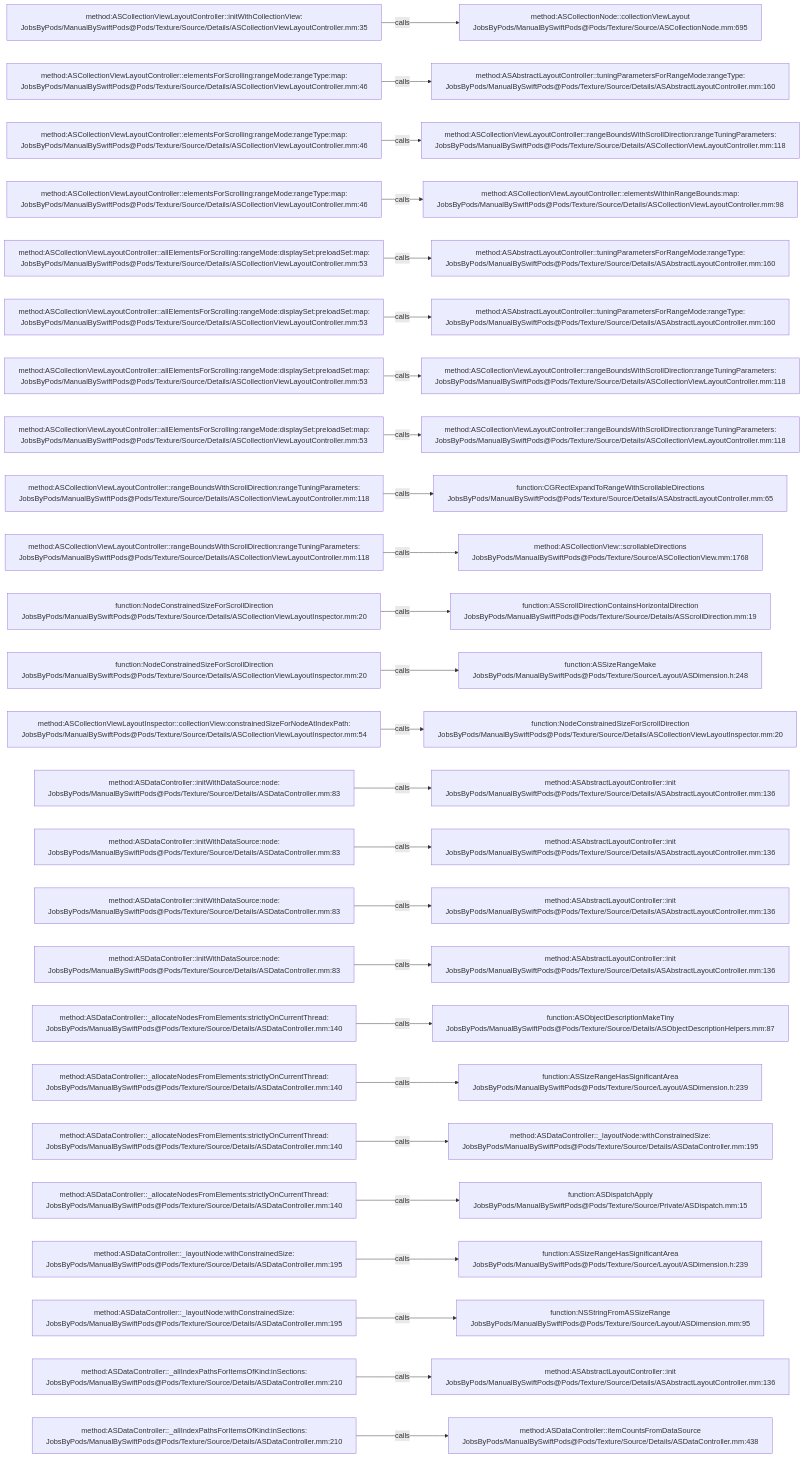
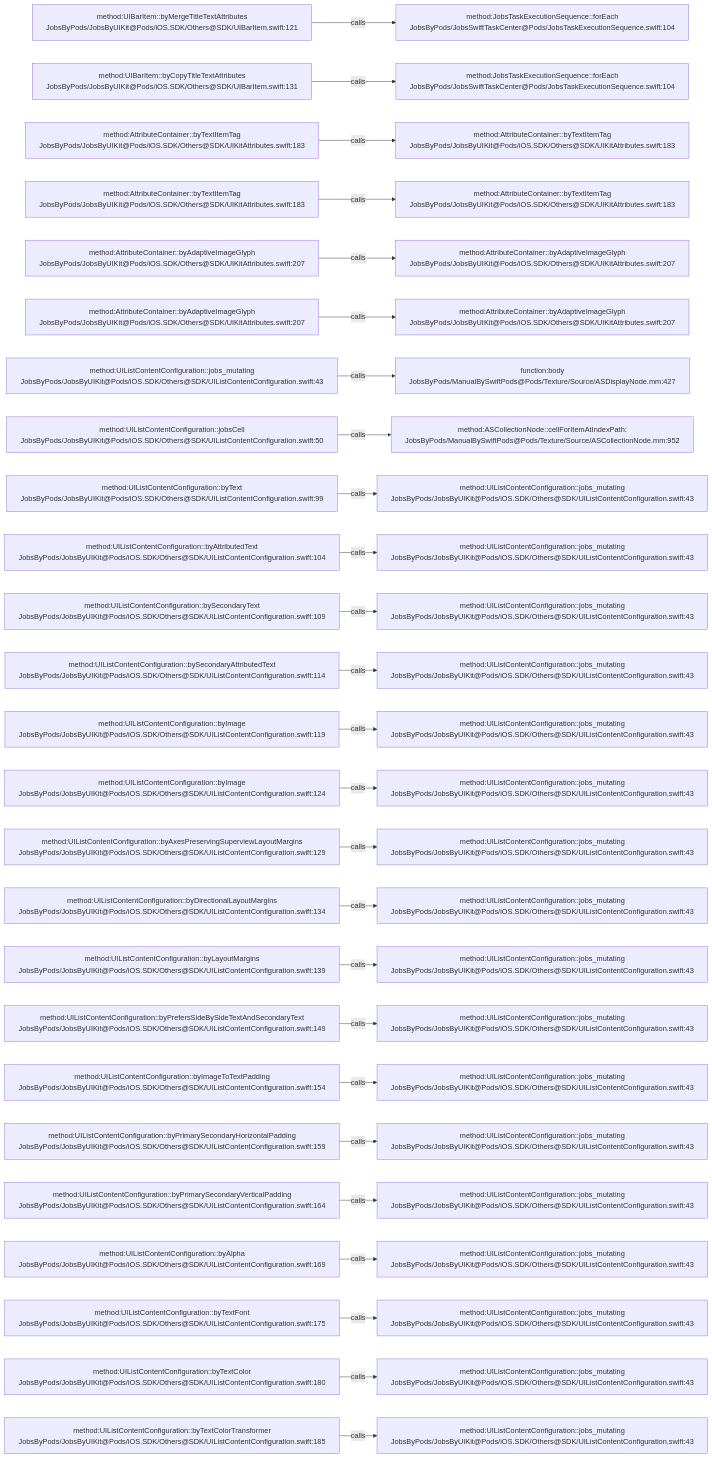
The diagram in .codegraph/codegraph.md/graphs/calls-084.md (JobsKits/JobsSwiftBaseConfigDemo), drawn with Mermaid before and after one commit. The commit also changed 224 other files, not shown here.

````diff
--- a/.codegraph/codegraph.md/graphs/calls-084.md
+++ b/.codegraph/codegraph.md/graphs/calls-084.md
@@ -13,78 +13,78 @@
 ```mermaid
 flowchart LR
-  S1["method:ASCollectionViewLayoutController::initWithCollectionView:<br/>JobsByPods/ManualBySwiftPods@Pods/Texture/Source/Details/ASCollectionViewLayoutController.mm:35"]
-  T1["method:ASCollectionNode::collectionViewLayout<br/>JobsByPods/ManualBySwiftPods@Pods/Texture/Source/ASCollectionNode.mm:695"]
+  S1["method:UIBarItem::byMergeTitleTextAttributes<br/>JobsByPods/JobsByUIKit@Pods/iOS.SDK/Others@SDK/UIBarItem.swift:121"]
+  T1["method:JobsTaskExecutionSequence::forEach<br/>JobsByPods/JobsSwiftTaskCenter@Pods/JobsTaskExecutionSequence.swift:104"]
   S1 -->|calls| T1
-  S2["method:ASCollectionViewLayoutController::elementsForScrolling:rangeMode:rangeType:map:<br/>JobsByPods/ManualBySwiftPods@Pods/Texture/Source/Details/ASCollectionViewLayoutController.mm:46"]
-  T2["method:ASAbstractLayoutController::tuningParametersForRangeMode:rangeType:<br/>JobsByPods/ManualBySwiftPods@Pods/Texture/Source/Details/ASAbstractLayoutController.mm:160"]
+  S2["method:UIBarItem::byCopyTitleTextAttributes<br/>JobsByPods/JobsByUIKit@Pods/iOS.SDK/Others@SDK/UIBarItem.swift:131"]
+  T2["method:JobsTaskExecutionSequence::forEach<br/>JobsByPods/JobsSwiftTaskCenter@Pods/JobsTaskExecutionSequence.swift:104"]
   S2 -->|calls| T2
-  S3["method:ASCollectionViewLayoutController::elementsForScrolling:rangeMode:rangeType:map:<br/>JobsByPods/ManualBySwiftPods@Pods/Texture/Source/Details/ASCollectionViewLayoutController.mm:46"]
-  T3["method:ASCollectionViewLayoutController::rangeBoundsWithScrollDirection:rangeTuningParameters:<br/>JobsByPods/ManualBySwiftPods@Pods/Texture/Source/Details/ASCollectionViewLayoutController.mm:118"]
+  S3["method:AttributeContainer::byTextItemTag<br/>JobsByPods/JobsByUIKit@Pods/iOS.SDK/Others@SDK/UIKitAttributes.swift:183"]
+  T3["method:AttributeContainer::byTextItemTag<br/>JobsByPods/JobsByUIKit@Pods/iOS.SDK/Others@SDK/UIKitAttributes.swift:183"]
   S3 -->|calls| T3
-  S4["method:ASCollectionViewLayoutController::elementsForScrolling:rangeMode:rangeType:map:<br/>JobsByPods/ManualBySwiftPods@Pods/Texture/Source/Details/ASCollectionViewLayoutController.mm:46"]
-  T4["method:ASCollectionViewLayoutController::elementsWithinRangeBounds:map:<br/>JobsByPods/ManualBySwiftPods@Pods/Texture/Source/Details/ASCollectionViewLayoutController.mm:98"]
+  S4["method:AttributeContainer::byTextItemTag<br/>JobsByPods/JobsByUIKit@Pods/iOS.SDK/Others@SDK/UIKitAttributes.swift:183"]
+  T4["method:AttributeContainer::byTextItemTag<br/>JobsByPods/JobsByUIKit@Pods/iOS.SDK/Others@SDK/UIKitAttributes.swift:183"]
   S4 -->|calls| T4
-  S5["method:ASCollectionViewLayoutController::allElementsForScrolling:rangeMode:displaySet:preloadSet:map:<br/>JobsByPods/ManualBySwiftPods@Pods/Texture/Source/Details/ASCollectionViewLayoutController.mm:53"]
-  T5["method:ASAbstractLayoutController::tuningParametersForRangeMode:rangeType:<br/>JobsByPods/ManualBySwiftPods@Pods/Texture/Source/Details/ASAbstractLayoutController.mm:160"]
+  S5["method:AttributeContainer::byAdaptiveImageGlyph<br/>JobsByPods/JobsByUIKit@Pods/iOS.SDK/Others@SDK/UIKitAttributes.swift:207"]
+  T5["method:AttributeContainer::byAdaptiveImageGlyph<br/>JobsByPods/JobsByUIKit@Pods/iOS.SDK/Others@SDK/UIKitAttributes.swift:207"]
   S5 -->|calls| T5
-  S6["method:ASCollectionViewLayoutController::allElementsForScrolling:rangeMode:displaySet:preloadSet:map:<br/>JobsByPods/ManualBySwiftPods@Pods/Texture/Source/Details/ASCollectionViewLayoutController.mm:53"]
-  T6["method:ASAbstractLayoutController::tuningParametersForRangeMode:rangeType:<br/>JobsByPods/ManualBySwiftPods@Pods/Texture/Source/Details/ASAbstractLayoutController.mm:160"]
+  S6["method:AttributeContainer::byAdaptiveImageGlyph<br/>JobsByPods/JobsByUIKit@Pods/iOS.SDK/Others@SDK/UIKitAttributes.swift:207"]
+  T6["method:AttributeContainer::byAdaptiveImageGlyph<br/>JobsByPods/JobsByUIKit@Pods/iOS.SDK/Others@SDK/UIKitAttributes.swift:207"]
   S6 -->|calls| T6
-  S7["method:ASCollectionViewLayoutController::allElementsForScrolling:rangeMode:displaySet:preloadSet:map:<br/>JobsByPods/ManualBySwiftPods@Pods/Texture/Source/Details/ASCollectionViewLayoutController.mm:53"]
-  T7["method:ASCollectionViewLayoutController::rangeBoundsWithScrollDirection:rangeTuningParameters:<br/>JobsByPods/ManualBySwiftPods@Pods/Texture/Source/Details/ASCollectionViewLayoutController.mm:118"]
+  S7["method:UIListContentConfiguration::jobs_mutating<br/>JobsByPods/JobsByUIKit@Pods/iOS.SDK/Others@SDK/UIListContentConfiguration.swift:43"]
+  T7["function:body<br/>JobsByPods/ManualBySwiftPods@Pods/Texture/Source/ASDisplayNode.mm:427"]
   S7 -->|calls| T7
-  S8["method:ASCollectionViewLayoutController::allElementsForScrolling:rangeMode:displaySet:preloadSet:map:<br/>JobsByPods/ManualBySwiftPods@Pods/Texture/Source/Details/ASCollectionViewLayoutController.mm:53"]
-  T8["method:ASCollectionViewLayoutController::rangeBoundsWithScrollDirection:rangeTuningParameters:<br/>JobsByPods/ManualBySwiftPods@Pods/Texture/Source/Details/ASCollectionViewLayoutController.mm:118"]
+  S8["method:UIListContentConfiguration::jobsCell<br/>JobsByPods/JobsByUIKit@Pods/iOS.SDK/Others@SDK/UIListContentConfiguration.swift:50"]
+  T8["method:ASCollectionNode::cellForItemAtIndexPath:<br/>JobsByPods/ManualBySwiftPods@Pods/Texture/Source/ASCollectionNode.mm:952"]
   S8 -->|calls| T8
-  S9["method:ASCollectionViewLayoutController::rangeBoundsWithScrollDirection:rangeTuningParameters:<br/>JobsByPods/ManualBySwiftPods@Pods/Texture/Source/Details/ASCollectionViewLayoutController.mm:118"]
-  T9["function:CGRectExpandToRangeWithScrollableDirections<br/>JobsByPods/ManualBySwiftPods@Pods/Texture/Source/Details/ASAbstractLayoutController.mm:65"]
+  S9["method:UIListContentConfiguration::byText<br/>JobsByPods/JobsByUIKit@Pods/iOS.SDK/Others@SDK/UIListContentConfiguration.swift:99"]
+  T9["method:UIListContentConfiguration::jobs_mutating<br/>JobsByPods/JobsByUIKit@Pods/iOS.SDK/Others@SDK/UIListContentConfiguration.swift:43"]
   S9 -->|calls| T9
-  S10["method:ASCollectionViewLayoutController::rangeBoundsWithScrollDirection:rangeTuningParameters:<br/>JobsByPods/ManualBySwiftPods@Pods/Texture/Source/Details/ASCollectionViewLayoutController.mm:118"]
-  T10["method:ASCollectionView::scrollableDirections<br/>JobsByPods/ManualBySwiftPods@Pods/Texture/Source/ASCollectionView.mm:1768"]
+  S10["method:UIListContentConfiguration::byAttributedText<br/>JobsByPods/JobsByUIKit@Pods/iOS.SDK/Others@SDK/UIListContentConfiguration.swift:104"]
+  T10["method:UIListContentConfiguration::jobs_mutating<br/>JobsByPods/JobsByUIKit@Pods/iOS.SDK/Others@SDK/UIListContentConfiguration.swift:43"]
   S10 -->|calls| T10
-  S11["function:NodeConstrainedSizeForScrollDirection<br/>JobsByPods/ManualBySwiftPods@Pods/Texture/Source/Details/ASCollectionViewLayoutInspector.mm:20"]
-  T11["function:ASScrollDirectionContainsHorizontalDirection<br/>JobsByPods/ManualBySwiftPods@Pods/Texture/Source/Details/ASScrollDirection.mm:19"]
+  S11["method:UIListContentConfiguration::bySecondaryText<br/>JobsByPods/JobsByUIKit@Pods/iOS.SDK/Others@SDK/UIListContentConfiguration.swift:109"]
+  T11["method:UIListContentConfiguration::jobs_mutating<br/>JobsByPods/JobsByUIKit@Pods/iOS.SDK/Others@SDK/UIListContentConfiguration.swift:43"]
   S11 -->|calls| T11
-  S12["function:NodeConstrainedSizeForScrollDirection<br/>JobsByPods/ManualBySwiftPods@Pods/Texture/Source/Details/ASCollectionViewLayoutInspector.mm:20"]
-  T12["function:ASSizeRangeMake<br/>JobsByPods/ManualBySwiftPods@Pods/Texture/Source/Layout/ASDimension.h:248"]
+  S12["method:UIListContentConfiguration::bySecondaryAttributedText<br/>JobsByPods/JobsByUIKit@Pods/iOS.SDK/Others@SDK/UIListContentConfiguration.swift:114"]
+  T12["method:UIListContentConfiguration::jobs_mutating<br/>JobsByPods/JobsByUIKit@Pods/iOS.SDK/Others@SDK/UIListContentConfiguration.swift:43"]
   S12 -->|calls| T12
-  S13["method:ASCollectionViewLayoutInspector::collectionView:constrainedSizeForNodeAtIndexPath:<br/>JobsByPods/ManualBySwiftPods@Pods/Texture/Source/Details/ASCollectionViewLayoutInspector.mm:54"]
-  T13["function:NodeConstrainedSizeForScrollDirection<br/>JobsByPods/ManualBySwiftPods@Pods/Texture/Source/Details/ASCollectionViewLayoutInspector.mm:20"]
+  S13["method:UIListContentConfiguration::byImage<br/>JobsByPods/JobsByUIKit@Pods/iOS.SDK/Others@SDK/UIListContentConfiguration.swift:119"]
+  T13["method:UIListContentConfiguration::jobs_mutating<br/>JobsByPods/JobsByUIKit@Pods/iOS.SDK/Others@SDK/UIListContentConfiguration.swift:43"]
   S13 -->|calls| T13
-  S14["method:ASDataController::initWithDataSource:node:<br/>JobsByPods/ManualBySwiftPods@Pods/Texture/Source/Details/ASDataController.mm:83"]
-  T14["method:ASAbstractLayoutController::init<br/>JobsByPods/ManualBySwiftPods@Pods/Texture/Source/Details/ASAbstractLayoutController.mm:136"]
+  S14["method:UIListContentConfiguration::byImage<br/>JobsByPods/JobsByUIKit@Pods/iOS.SDK/Others@SDK/UIListContentConfiguration.swift:124"]
+  T14["method:UIListContentConfiguration::jobs_mutating<br/>JobsByPods/JobsByUIKit@Pods/iOS.SDK/Others@SDK/UIListContentConfiguration.swift:43"]
   S14 -->|calls| T14
-  S15["method:ASDataController::initWithDataSource:node:<br/>JobsByPods/ManualBySwiftPods@Pods/Texture/Source/Details/ASDataController.mm:83"]
-  T15["method:ASAbstractLayoutController::init<br/>JobsByPods/ManualBySwiftPods@Pods/Texture/Source/Details/ASAbstractLayoutController.mm:136"]
+  S15["method:UIListContentConfiguration::byAxesPreservingSuperviewLayoutMargins<br/>JobsByPods/JobsByUIKit@Pods/iOS.SDK/Others@SDK/UIListContentConfiguration.swift:129"]
+  T15["method:UIListContentConfiguration::jobs_mutating<br/>JobsByPods/JobsByUIKit@Pods/iOS.SDK/Others@SDK/UIListContentConfiguration.swift:43"]
   S15 -->|calls| T15
-  S16["method:ASDataController::initWithDataSource:node:<br/>JobsByPods/ManualBySwiftPods@Pods/Texture/Source/Details/ASDataController.mm:83"]
-  T16["method:ASAbstractLayoutController::init<br/>JobsByPods/ManualBySwiftPods@Pods/Texture/Source/Details/ASAbstractLayoutController.mm:136"]
+  S16["method:UIListContentConfiguration::byDirectionalLayoutMargins<br/>JobsByPods/JobsByUIKit@Pods/iOS.SDK/Others@SDK/UIListContentConfiguration.swift:134"]
+  T16["method:UIListContentConfiguration::jobs_mutating<br/>JobsByPods/JobsByUIKit@Pods/iOS.SDK/Others@SDK/UIListContentConfiguration.swift:43"]
   S16 -->|calls| T16
-  S17["method:ASDataController::initWithDataSource:node:<br/>JobsByPods/ManualBySwiftPods@Pods/Texture/Source/Details/ASDataController.mm:83"]
-  T17["method:ASAbstractLayoutController::init<br/>JobsByPods/ManualBySwiftPods@Pods/Texture/Source/Details/ASAbstractLayoutController.mm:136"]
+  S17["method:UIListContentConfiguration::byLayoutMargins<br/>JobsByPods/JobsByUIKit@Pods/iOS.SDK/Others@SDK/UIListContentConfiguration.swift:139"]
+  T17["method:UIListContentConfiguration::jobs_mutating<br/>JobsByPods/JobsByUIKit@Pods/iOS.SDK/Others@SDK/UIListContentConfiguration.swift:43"]
   S17 -->|calls| T17
-  S18["method:ASDataController::_allocateNodesFromElements:strictlyOnCurrentThread:<br/>JobsByPods/ManualBySwiftPods@Pods/Texture/Source/Details/ASDataController.mm:140"]
-  T18["function:ASObjectDescriptionMakeTiny<br/>JobsByPods/ManualBySwiftPods@Pods/Texture/Source/Details/ASObjectDescriptionHelpers.mm:87"]
+  S18["method:UIListContentConfiguration::byPrefersSideBySideTextAndSecondaryText<br/>JobsByPods/JobsByUIKit@Pods/iOS.SDK/Others@SDK/UIListContentConfiguration.swift:149"]
+  T18["method:UIListContentConfiguration::jobs_mutating<br/>JobsByPods/JobsByUIKit@Pods/iOS.SDK/Others@SDK/UIListContentConfiguration.swift:43"]
   S18 -->|calls| T18
-  S19["method:ASDataController::_allocateNodesFromElements:strictlyOnCurrentThread:<br/>JobsByPods/ManualBySwiftPods@Pods/Texture/Source/Details/ASDataController.mm:140"]
-  T19["function:ASSizeRangeHasSignificantArea<br/>JobsByPods/ManualBySwiftPods@Pods/Texture/Source/Layout/ASDimension.h:239"]
+  S19["method:UIListContentConfiguration::byImageToTextPadding<br/>JobsByPods/JobsByUIKit@Pods/iOS.SDK/Others@SDK/UIListContentConfiguration.swift:154"]
+  T19["method:UIListContentConfiguration::jobs_mutating<br/>JobsByPods/JobsByUIKit@Pods/iOS.SDK/Others@SDK/UIListContentConfiguration.swift:43"]
   S19 -->|calls| T19
-  S20["method:ASDataController::_allocateNodesFromElements:strictlyOnCurrentThread:<br/>JobsByPods/ManualBySwiftPods@Pods/Texture/Source/Details/ASDataController.mm:140"]
-  T20["method:ASDataController::_layoutNode:withConstrainedSize:<br/>JobsByPods/ManualBySwiftPods@Pods/Texture/Source/Details/ASDataController.mm:195"]
+  S20["method:UIListContentConfiguration::byPrimarySecondaryHorizontalPadding<br/>JobsByPods/JobsByUIKit@Pods/iOS.SDK/Others@SDK/UIListContentConfiguration.swift:159"]
+  T20["method:UIListContentConfiguration::jobs_mutating<br/>JobsByPods/JobsByUIKit@Pods/iOS.SDK/Others@SDK/UIListContentConfiguration.swift:43"]
   S20 -->|calls| T20
-  S21["method:ASDataController::_allocateNodesFromElements:strictlyOnCurrentThread:<br/>JobsByPods/ManualBySwiftPods@Pods/Texture/Source/Details/ASDataController.mm:140"]
-  T21["function:ASDispatchApply<br/>JobsByPods/ManualBySwiftPods@Pods/Texture/Source/Private/ASDispatch.mm:15"]
+  S21["method:UIListContentConfiguration::byPrimarySecondaryVerticalPadding<br/>JobsByPods/JobsByUIKit@Pods/iOS.SDK/Others@SDK/UIListContentConfiguration.swift:164"]
+  T21["method:UIListContentConfiguration::jobs_mutating<br/>JobsByPods/JobsByUIKit@Pods/iOS.SDK/Others@SDK/UIListContentConfiguration.swift:43"]
   S21 -->|calls| T21
-  S22["method:ASDataController::_layoutNode:withConstrainedSize:<br/>JobsByPods/ManualBySwiftPods@Pods/Texture/Source/Details/ASDataController.mm:195"]
-  T22["function:ASSizeRangeHasSignificantArea<br/>JobsByPods/ManualBySwiftPods@Pods/Texture/Source/Layout/ASDimension.h:239"]
+  S22["method:UIListContentConfiguration::byAlpha<br/>JobsByPods/JobsByUIKit@Pods/iOS.SDK/Others@SDK/UIListContentConfiguration.swift:169"]
+  T22["method:UIListContentConfiguration::jobs_mutating<br/>JobsByPods/JobsByUIKit@Pods/iOS.SDK/Others@SDK/UIListContentConfiguration.swift:43"]
   S22 -->|calls| T22
-  S23["method:ASDataController::_layoutNode:withConstrainedSize:<br/>JobsByPods/ManualBySwiftPods@Pods/Texture/Source/Details/ASDataController.mm:195"]
-  T23["function:NSStringFromASSizeRange<br/>JobsByPods/ManualBySwiftPods@Pods/Texture/Source/Layout/ASDimension.mm:95"]
+  S23["method:UIListContentConfiguration::byTextFont<br/>JobsByPods/JobsByUIKit@Pods/iOS.SDK/Others@SDK/UIListContentConfiguration.swift:175"]
+  T23["method:UIListContentConfiguration::jobs_mutating<br/>JobsByPods/JobsByUIKit@Pods/iOS.SDK/Others@SDK/UIListContentConfiguration.swift:43"]
   S23 -->|calls| T23
-  S24["method:ASDataController::_allIndexPathsForItemsOfKind:inSections:<br/>JobsByPods/ManualBySwiftPods@Pods/Texture/Source/Details/ASDataController.mm:210"]
-  T24["method:ASAbstractLayoutController::init<br/>JobsByPods/ManualBySwiftPods@Pods/Texture/Source/Details/ASAbstractLayoutController.mm:136"]
+  S24["method:UIListContentConfiguration::byTextColor<br/>JobsByPods/JobsByUIKit@Pods/iOS.SDK/Others@SDK/UIListContentConfiguration.swift:180"]
+  T24["method:UIListContentConfiguration::jobs_mutating<br/>JobsByPods/JobsByUIKit@Pods/iOS.SDK/Others@SDK/UIListContentConfiguration.swift:43"]
   S24 -->|calls| T24
-  S25["method:ASDataController::_allIndexPathsForItemsOfKind:inSections:<br/>JobsByPods/ManualBySwiftPods@Pods/Texture/Source/Details/ASDataController.mm:210"]
-  T25["method:ASDataController::itemCountsFromDataSource<br/>JobsByPods/ManualBySwiftPods@Pods/Texture/Source/Details/ASDataController.mm:438"]
+  S25["method:UIListContentConfiguration::byTextColorTransformer<br/>JobsByPods/JobsByUIKit@Pods/iOS.SDK/Others@SDK/UIListContentConfiguration.swift:185"]
+  T25["method:UIListContentConfiguration::jobs_mutating<br/>JobsByPods/JobsByUIKit@Pods/iOS.SDK/Others@SDK/UIListContentConfiguration.swift:43"]
   S25 -->|calls| T25
 ```
````
